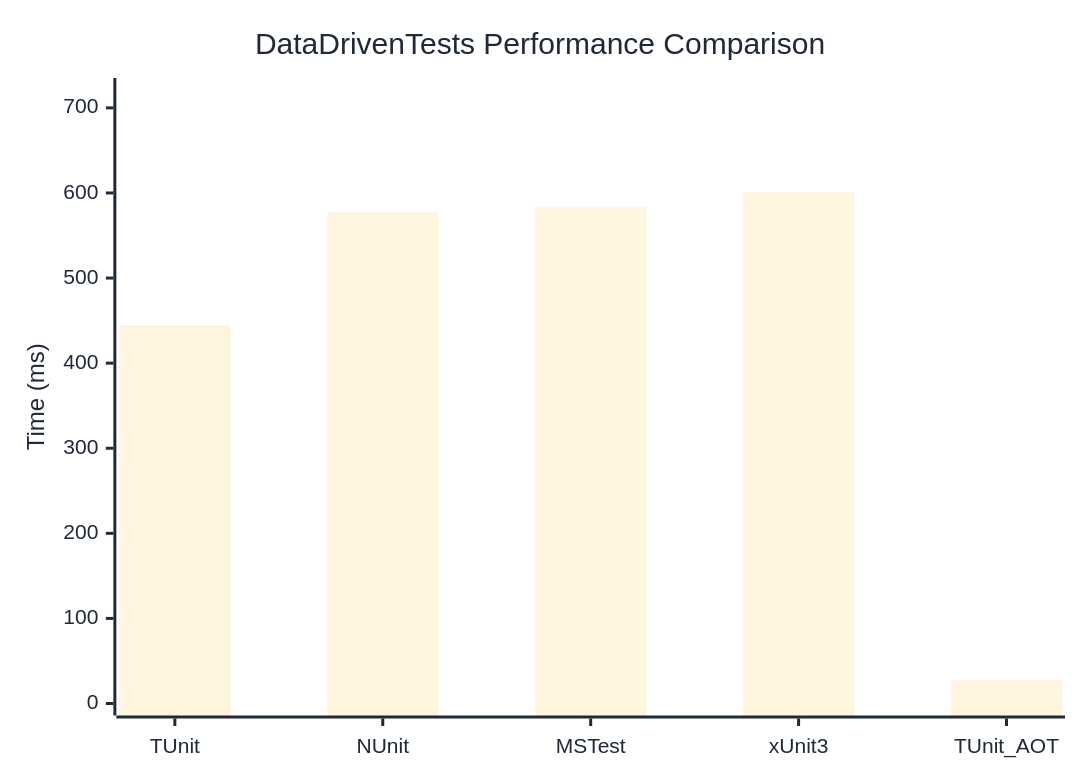
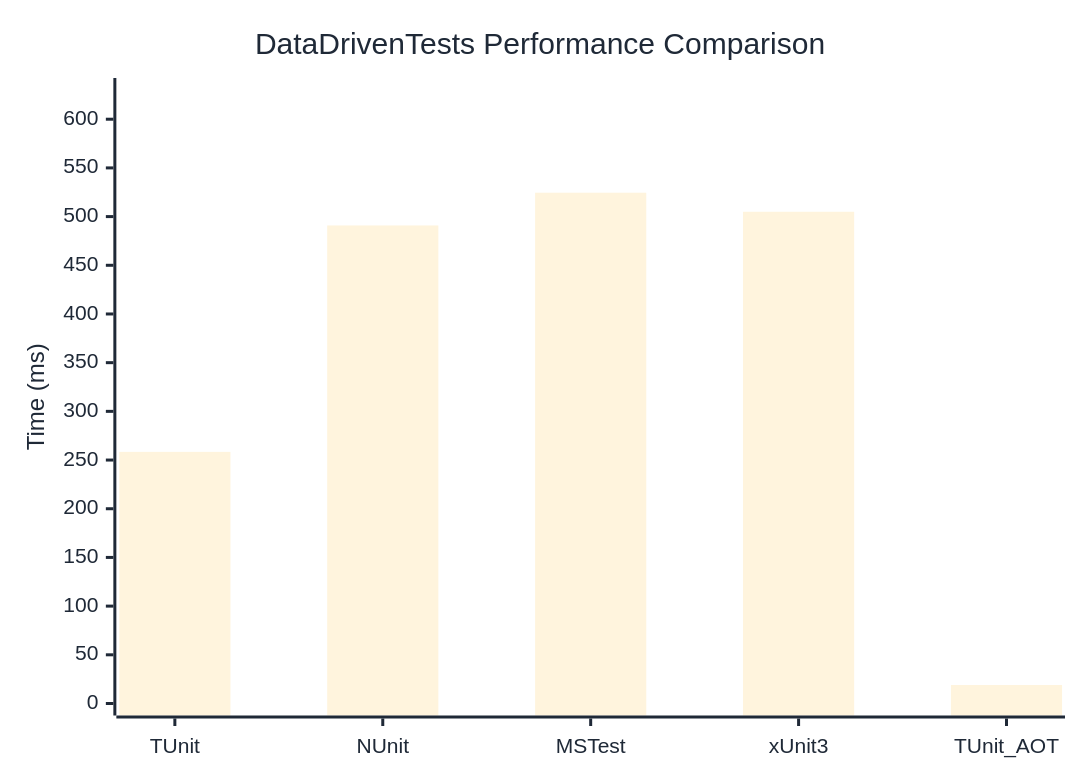
The diagram in docs/docs/benchmarks/DataDrivenTests.md (thomhurst/TUnit), drawn with Mermaid before and after one commit. The commit also changed other lines of this file and 16 other files, not shown here.

````diff
--- a/docs/docs/benchmarks/DataDrivenTests.md
+++ b/docs/docs/benchmarks/DataDrivenTests.md
@@ -27,37 +27,37 @@
 ```mermaid
 %%{init: {
   'theme':'base',
   'themeVariables': {
     'primaryColor': '#2563eb',
     'primaryTextColor': '#1f2937',
     'primaryBorderColor': '#1e40af',
     'lineColor': '#6b7280',
     'secondaryColor': '#7c3aed',
     'tertiaryColor': '#dc2626',
     'background': '#ffffff',
     'mainBkg': '#2563eb',
     'secondBkg': '#7c3aed',
     'tertiaryBkg': '#dc2626',
     'clusterBkg': '#f3f4f6',
     'edgeLabelBackground': '#ffffff',
     'tertiaryTextColor': '#1f2937',
     'pie1': '#2563eb',
     'pie2': '#7c3aed',
     'pie3': '#dc2626',
     'pie4': '#f59e0b',
     'pie5': '#10b981',
     'pie6': '#06b6d4',
     'pie7': '#ec4899',
     'pie8': '#6366f1',
     'pie9': '#84cc16',
     'pie10': '#f97316',
     'pie11': '#14b8a6',
     'pie12': '#a855f7'
   }
 }}%%
 xychart-beta
   title "DataDrivenTests Performance Comparison"
   x-axis ["TUnit", "NUnit", "MSTest", "xUnit3", "TUnit_AOT"]
-  y-axis "Time (ms)" 0 --> 721
-  bar [444.93, 577.19, 583.71, 600.69, 27.22]
+  y-axis "Time (ms)" 0 --> 630
+  bar [258.4, 490.92, 524.54, 504.95, 19.02]
 ```
````
